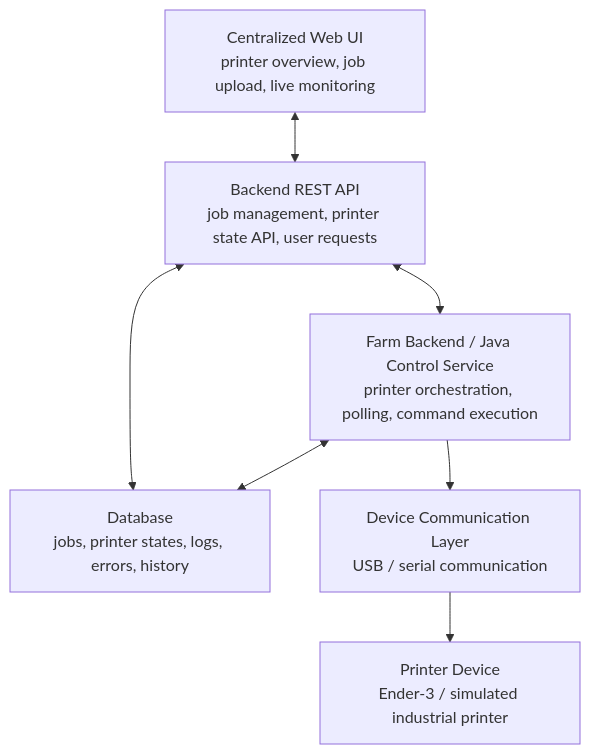
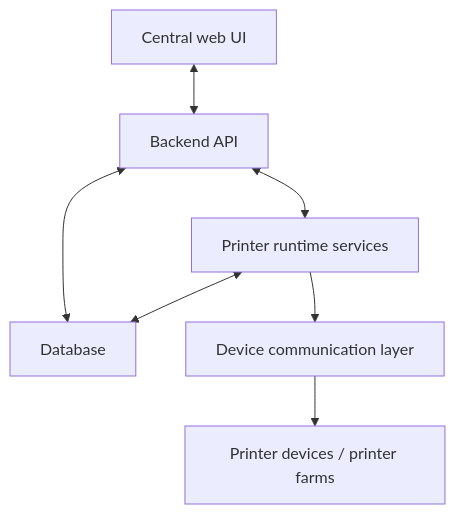
One commit to nathabee/printer-hub changed the third of 3 diagrams in README.md. Above: the diagram before and after it, drawn with Mermaid. The commit also changed other lines of this file and 7 other files, not shown here.

````diff
--- a/README.md
+++ b/README.md
@@ -105,22 +148,16 @@
 ```mermaid
 flowchart TB
-    ui["Centralized Web UI<br/>printer overview, job upload, live monitoring"]
-
-    api["Backend REST API<br/>job management, printer state API, user requests"]
-
-    db["Database<br/>jobs, printer states, logs, errors, history"]
-
-    runtime["Farm Backend / Java Control Service<br/>printer orchestration, polling, command execution"]
-
-    deviceLayer["Device Communication Layer<br/>USB / serial communication"]
-
-    printer["Printer Device<br/>Ender-3 / simulated industrial printer"]
+    ui["Central web UI"]
+    api["Backend API"]
+    db["Database"]
+    runtime["Printer runtime services"]
+    device["Device communication layer"]
+    printers["Printer devices / printer farms"]
 
     ui <--> api
     api <--> db
     api <--> runtime
     runtime <--> db
-    runtime --> deviceLayer
-    deviceLayer --> printer
-
+    runtime --> device
+    device --> printers
 ```
````
